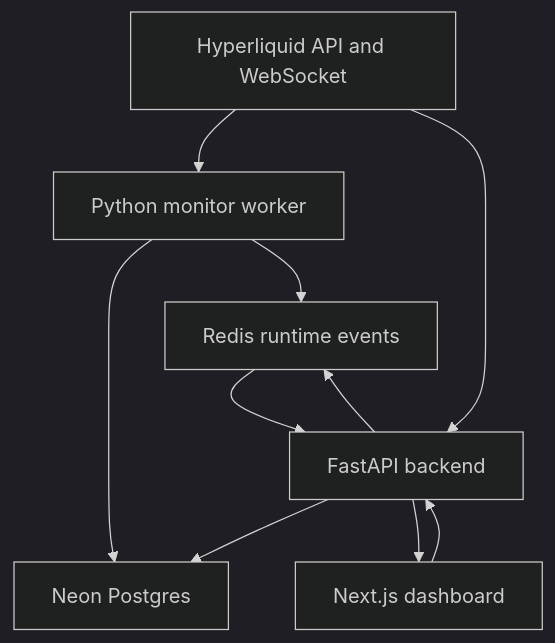
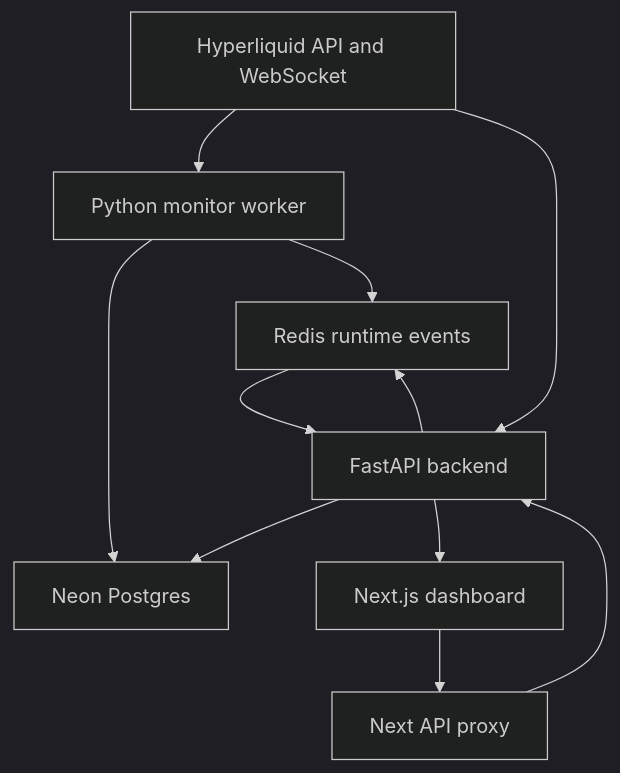
Before and after one commit to DrottPoker/copytrading-agent: the first of 9 diagrams in docs/architecture.md, drawn with Mermaid (dark theme). The commit also changed other lines of this file and 54 other files, not shown here.

````diff
--- a/docs/architecture.md
+++ b/docs/architecture.md
@@ -7,15 +7,16 @@
 ```mermaid
 flowchart TD
   HL["Hyperliquid API and WebSocket"] --> Worker["Python monitor worker"]
   HL --> Backend["FastAPI backend"]
 
   Worker --> Postgres["Neon Postgres"]
   Worker --> Redis["Redis runtime events"]
 
   Backend --> Postgres
   Backend --> Redis
 
-  Frontend["Next.js dashboard"] --> Backend
+  Frontend["Next.js dashboard"] --> Proxy["Next API proxy"]
+  Proxy --> Backend
   Redis --> Backend
   Backend --> Frontend
 ```
````
